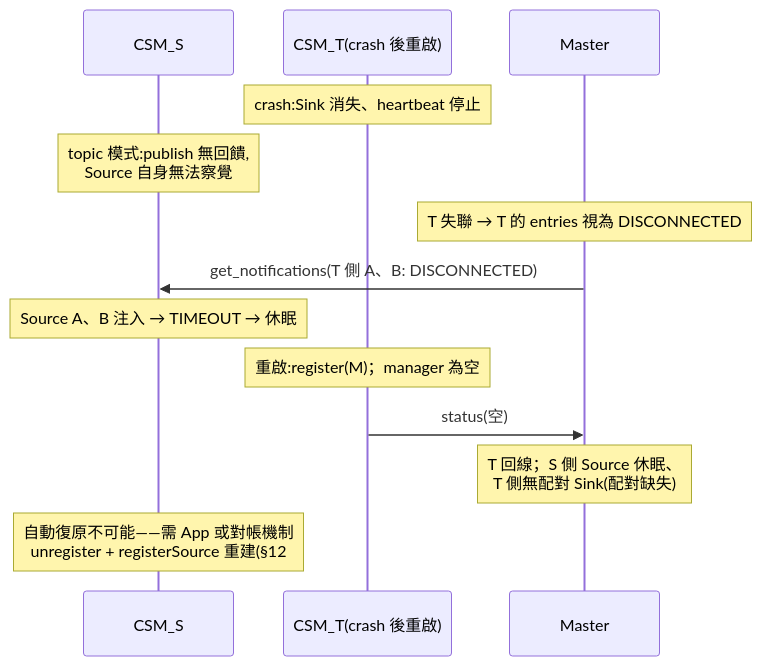
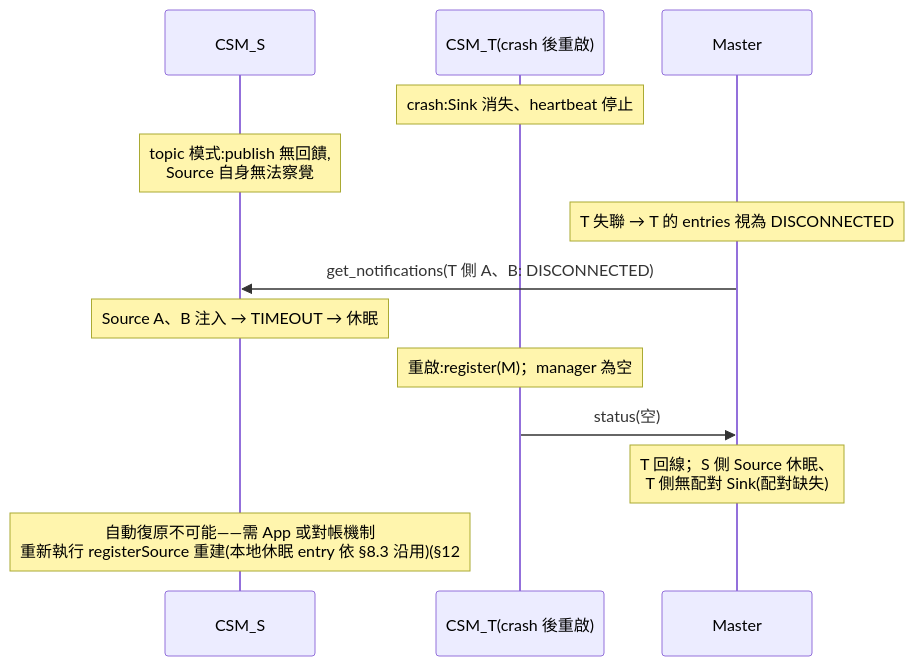
The tenth of 42 diagrams in r1_design_draft.md (cocobird231/rv2_project), drawn with Mermaid before and after one commit. The commit also changed other lines of this file, not shown here.

````diff
--- a/r1_design_draft.md
+++ b/r1_design_draft.md
@@ -1494,17 +1562,17 @@
 ```mermaid
 sequenceDiagram
     participant S as CSM_S
     participant T as CSM_T(crash 後重啟)
     participant M as Master
 
     Note over T: crash:Sink 消失、heartbeat 停止
     Note over S: topic 模式:publish 無回饋,<br/>Source 自身無法察覺
     Note over M: T 失聯 → T 的 entries 視為 DISCONNECTED
     M->>S: get_notifications(T 側 A、B: DISCONNECTED)
     Note over S: Source A、B 注入 → TIMEOUT → 休眠
 
     Note over T: 重啟:register(M)；manager 為空
     T->>M: status(空)
     Note over M: T 回線；S 側 Source 休眠、<br/>T 側無配對 Sink(配對缺失)
-    Note over S: 自動復原不可能——需 App 或對帳機制<br/>unregister + registerSource 重建(§12 #4)
+    Note over S: 自動復原不可能——需 App 或對帳機制<br/>重新執行 registerSource 重建(本地休眠 entry 依 §8.3 沿用)(§12 #3)
 ```
````
